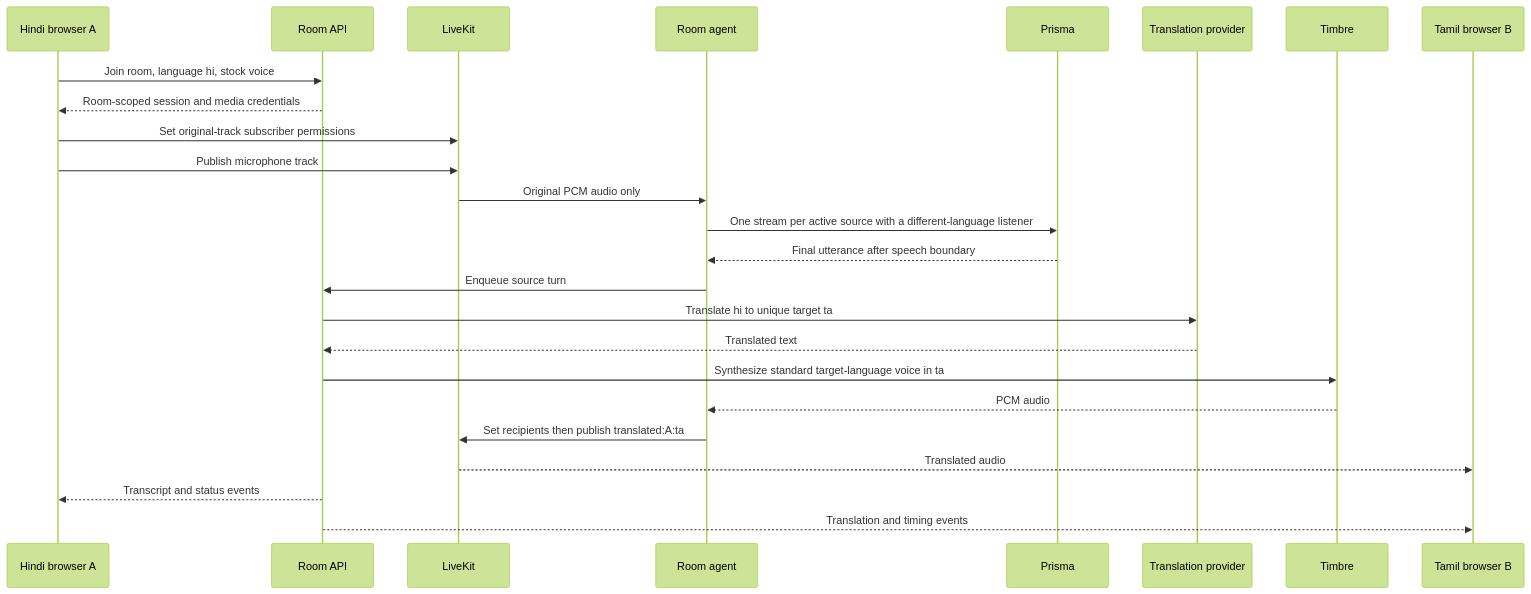
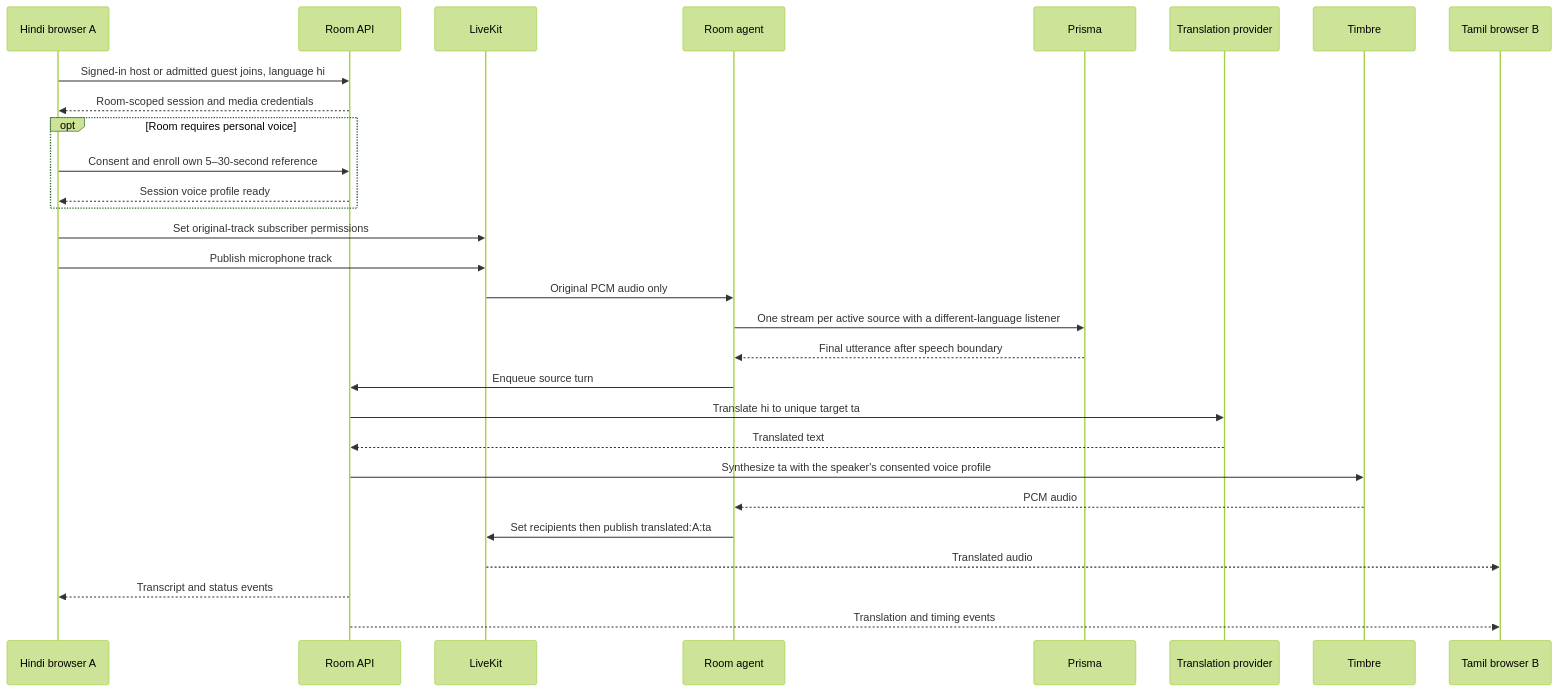
The second of 3 diagrams in docs/ARCHITECTURE.md (Jatin2567/Charcha), drawn with Mermaid (forest theme) before and after one commit. The commit also changed other lines of this file and 59 other files, not shown here.

````diff
--- a/docs/ARCHITECTURE.md
+++ b/docs/ARCHITECTURE.md
@@ -94,27 +98,31 @@
 ```mermaid
 sequenceDiagram
   participant A as Hindi browser A
   participant API as Room API
   participant LK as LiveKit
   participant Agent as Room agent
   participant STT as Prisma
   participant MT as Translation provider
   participant TTS as Timbre
   participant B as Tamil browser B
-  A->>API: Join room, language hi, stock voice
+  A->>API: Signed-in host or admitted guest joins, language hi
   API-->>A: Room-scoped session and media credentials
+  opt Room requires personal voice
+    A->>API: Consent and enroll own 5–30-second reference
+    API-->>A: Session voice profile ready
+  end
   A->>LK: Set original-track subscriber permissions
   A->>LK: Publish microphone track
   LK->>Agent: Original PCM audio only
   Agent->>STT: One stream per active source with a different-language listener
   STT-->>Agent: Final utterance after speech boundary
   Agent->>API: Enqueue source turn
   API->>MT: Translate hi to unique target ta
   MT-->>API: Translated text
-  API->>TTS: Synthesize standard target-language voice in ta
+  API->>TTS: Synthesize ta with the speaker's consented voice profile
   TTS-->>Agent: PCM audio
   Agent->>LK: Set recipients then publish translated:A:ta
   LK-->>B: Translated audio
   API-->>A: Transcript and status events
   API-->>B: Translation and timing events
 ```
````
